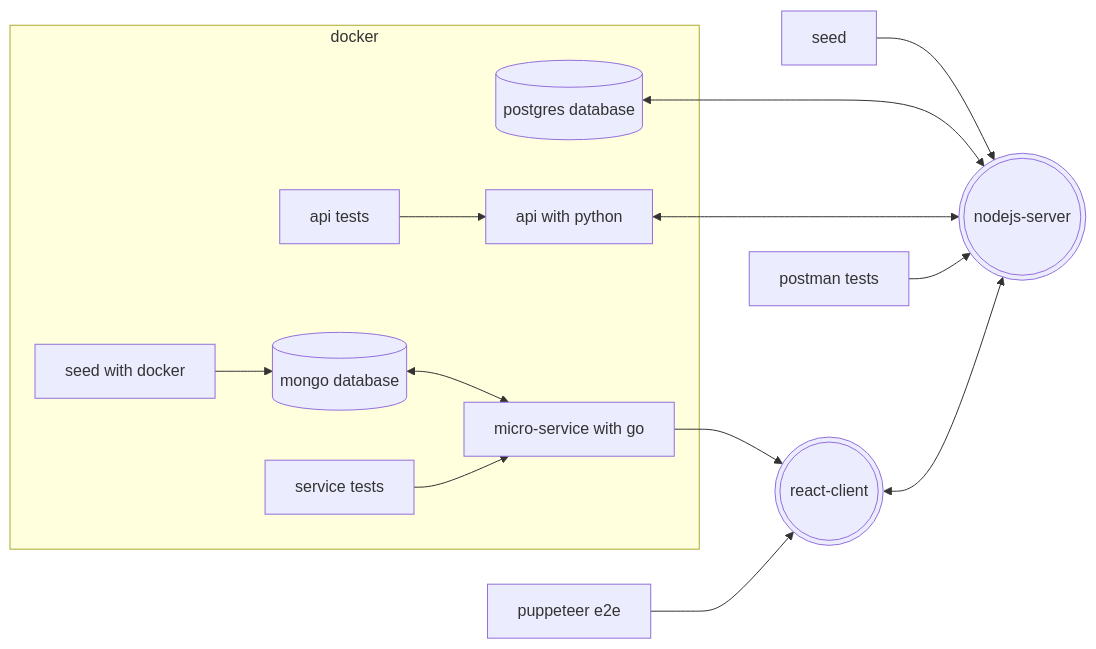
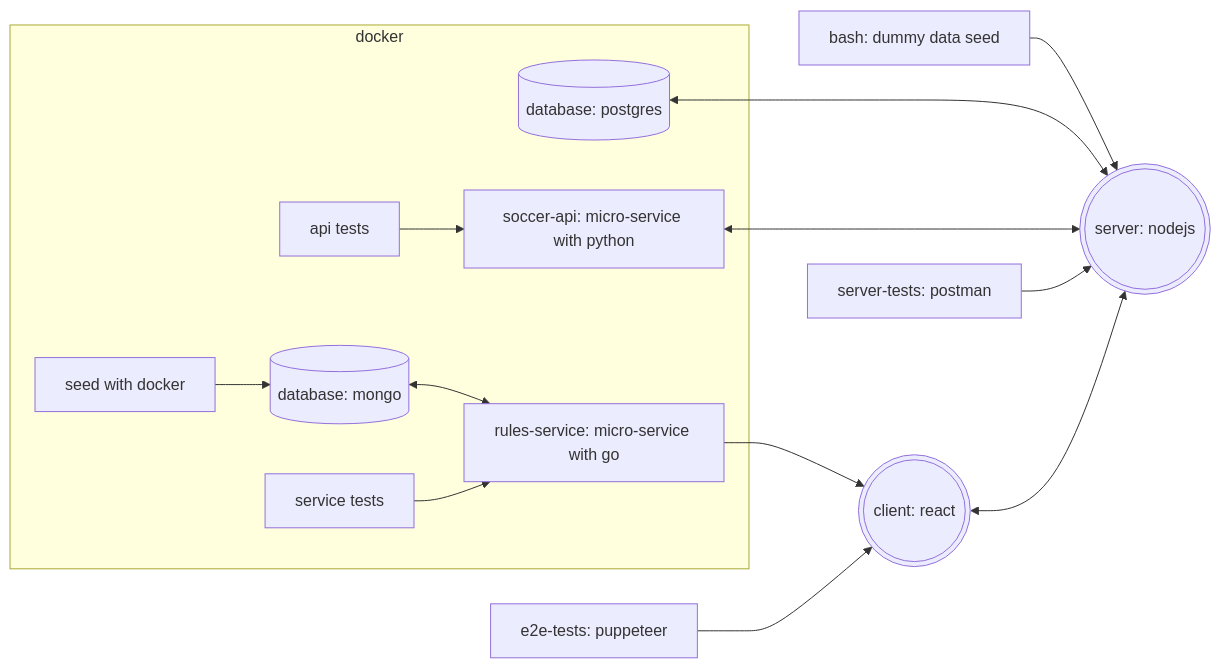
The diagram in README.md (willemverbuyst/toto-game), drawn with Mermaid before and after one commit.

````diff
--- a/README.md
+++ b/README.md
@@ -9,32 +9,32 @@
 ```mermaid
 flowchart LR
-  A[seed]
-  B[(postgres database)]
-  C(((nodejs-server)))
-  D(((react-client)))
-  E[puppeteer e2e]
-  F[api with python]
-  G[postman tests]
-  H[micro-service with go]
-  I[(mongo database)]
+  A[bash: dummy data seed]
+  B[(database: postgres)]
+  C(((server: nodejs)))
+  D(((client: react)))
+  E[e2e-tests: puppeteer]
+  F[soccer-api: micro-service with python]
+  G[server-tests: postman]
+  H[rules-service: micro-service with go]
+  I[(database: mongo)]
   J[seed with docker]
   K[api tests]
   L[service tests]
   subgraph docker
   B
   F
   J
   I
   J-->I
   I<-->H
   K-->F
   L-->H
   end
   A-->C
   B<-->C
   F<-->C
   G-->C
   H-->D
   E-->D
   D<-->C
 ```
````
